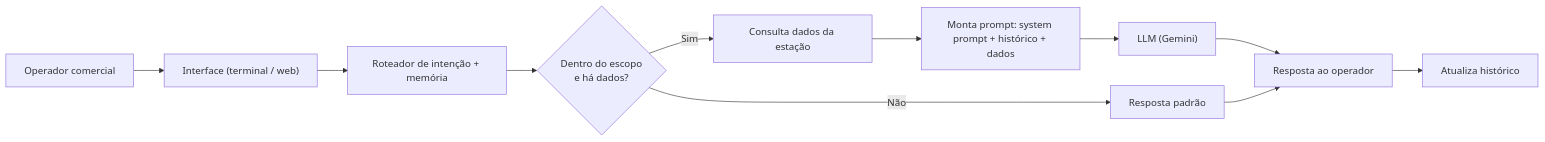
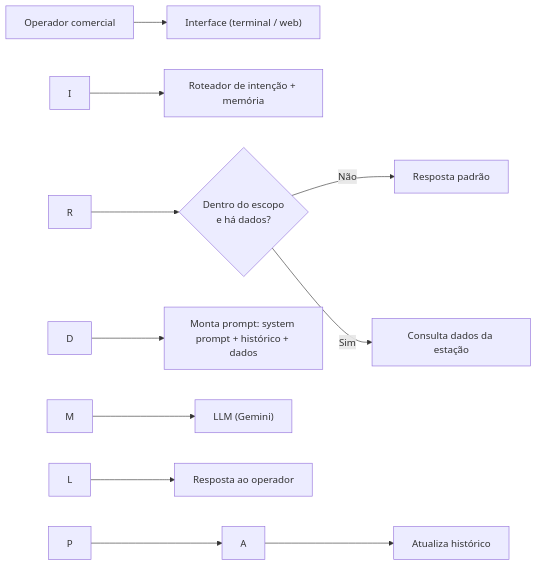
Before and after one commit to reicheguilherme-spec/chargegrid-intelligence-ai: the second of 2 diagrams in README.md, drawn with Mermaid. The commit also changed other lines of this file, not shown here.

````diff
--- a/README.md
+++ b/README.md
@@ -126,13 +119,13 @@
 ```mermaid
 flowchart LR
-    U["Operador comercial"] --> I["Interface (terminal / web)"]
-    I --> R["Roteador de intenção + memória"]
+    U\["Operador comercial"] --> I\["Interface (terminal / web)"]
+    I --> R\["Roteador de intenção + memória"]
     R --> Q{"Dentro do escopo<br/>e há dados?"}
-    Q -- Não --> P["Resposta padrão"]
-    Q -- Sim --> D["Consulta dados da estação"]
-    D --> M["Monta prompt: system prompt + histórico + dados"]
-    M --> L["LLM (Gemini)"]
-    L --> A["Resposta ao operador"]
+    Q -- Não --> P\["Resposta padrão"]
+    Q -- Sim --> D\["Consulta dados da estação"]
+    D --> M\["Monta prompt: system prompt + histórico + dados"]
+    M --> L\["LLM (Gemini)"]
+    L --> A\["Resposta ao operador"]
     P --> A
-    A --> H["Atualiza histórico"]
+    A --> H\["Atualiza histórico"]
 ```
````
